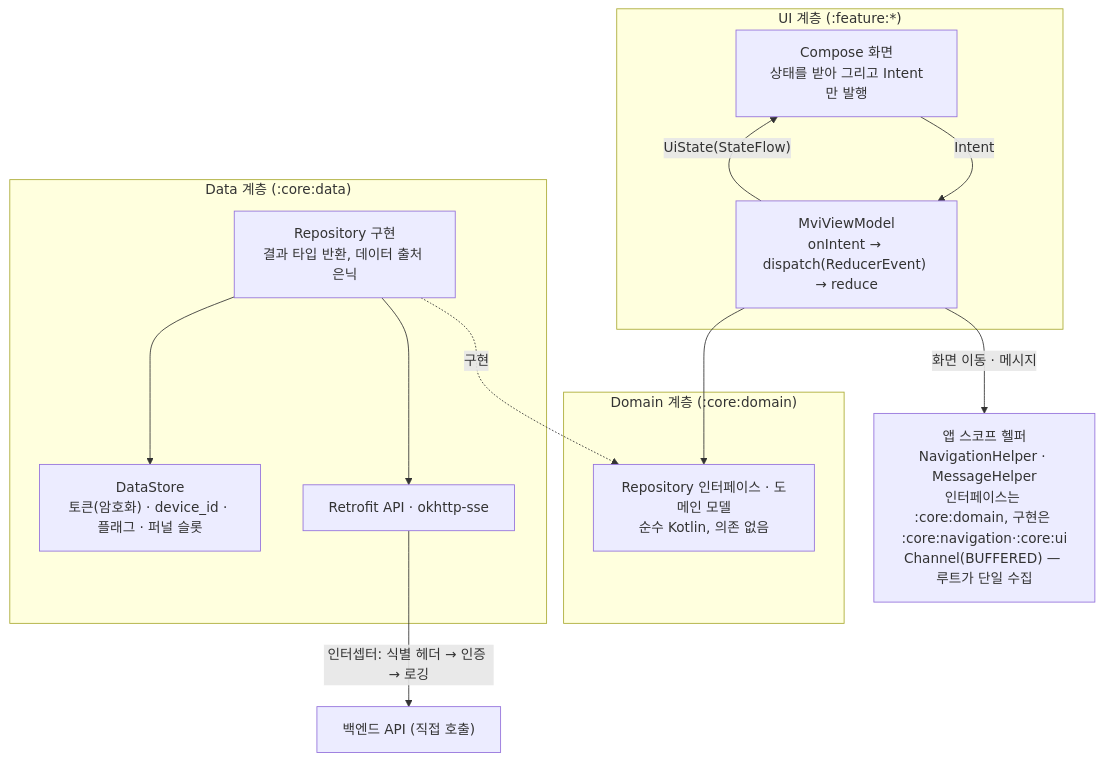
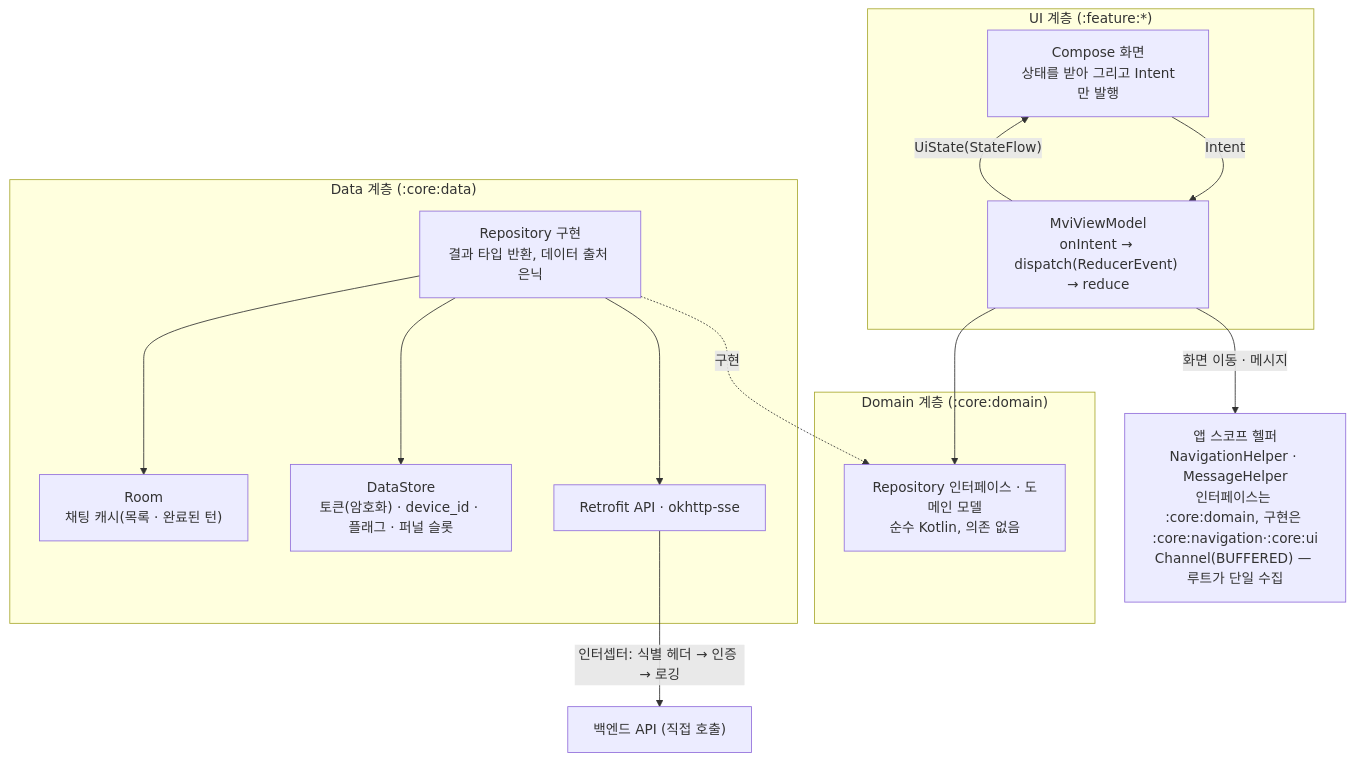
Before and after one commit to KIM-N-KANG/knk-harness: the first of 2 diagrams in docs/product-specs/3-3-android-app.md, drawn with Mermaid. The commit also changed other lines of this file and 1 other file, not shown here.

````diff
--- a/docs/product-specs/3-3-android-app.md
+++ b/docs/product-specs/3-3-android-app.md
@@ -152,23 +153,25 @@
 ```mermaid
 graph TD
     subgraph UI["UI 계층 (:feature:*)"]
         C["Compose 화면<br/>상태를 받아 그리고 Intent만 발행"]
         VM["MviViewModel<br/>onIntent → dispatch(ReducerEvent) → reduce"]
     end
     subgraph DOMAIN["Domain 계층 (:core:domain)"]
         RI["Repository 인터페이스 · 도메인 모델<br/>순수 Kotlin, 의존 없음"]
     end
     subgraph DATA["Data 계층 (:core:data)"]
         R["Repository 구현<br/>결과 타입 반환, 데이터 출처 은닉"]
         API["Retrofit API · okhttp-sse"]
         DS["DataStore<br/>토큰(암호화) · device_id · 플래그 · 퍼널 슬롯"]
+        DB["Room<br/>채팅 캐시(목록 · 완료된 턴)"]
     end
     C -->|Intent| VM
     VM -->|"UiState(StateFlow)"| C
     VM -->|"화면 이동 · 메시지"| HELP["앱 스코프 헬퍼<br/>NavigationHelper · MessageHelper<br/>인터페이스는 :core:domain, 구현은 :core:navigation·:core:ui<br/>Channel(BUFFERED) — 루트가 단일 수집"]
     VM --> RI
     R -.->|구현| RI
     R --> API
     R --> DS
+    R --> DB
     API -->|"인터셉터: 식별 헤더 → 인증 → 로깅"| BE["백엔드 API (직접 호출)"]
 ```
````
